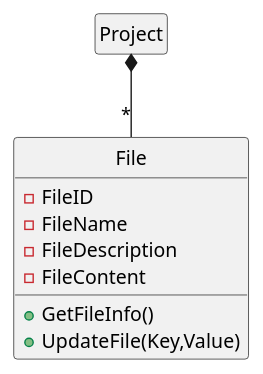
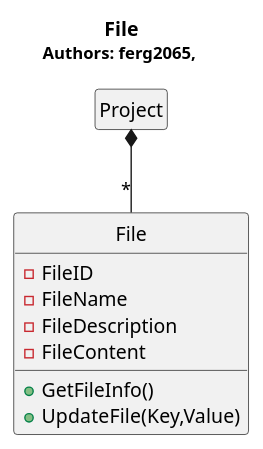
Before and after one commit to voxelv/sQuire_kw: the diagram in hw3/Server/server_file.pu, drawn with PlantUML. The commit also changed 19 other files, not shown here.

```diff
--- a/hw3/Server/server_file.pu
+++ b/hw3/Server/server_file.pu
@@ -1,18 +1,19 @@
 @startuml
 hide circle
 hide empty members
 
+Title <b>File</b>\n<size:12>Authors: ferg2065, </size>
+
 class "Project" as sqs_pr
-
 class "File" as sqs_fi{
 	-FileID
 	-FileName
 	-FileDescription
 	-FileContent
 	+GetFileInfo()
 	+UpdateFile(Key,Value)
 	}
 
 sqs_pr *-- "*" sqs_fi 
 
 @enduml
```
